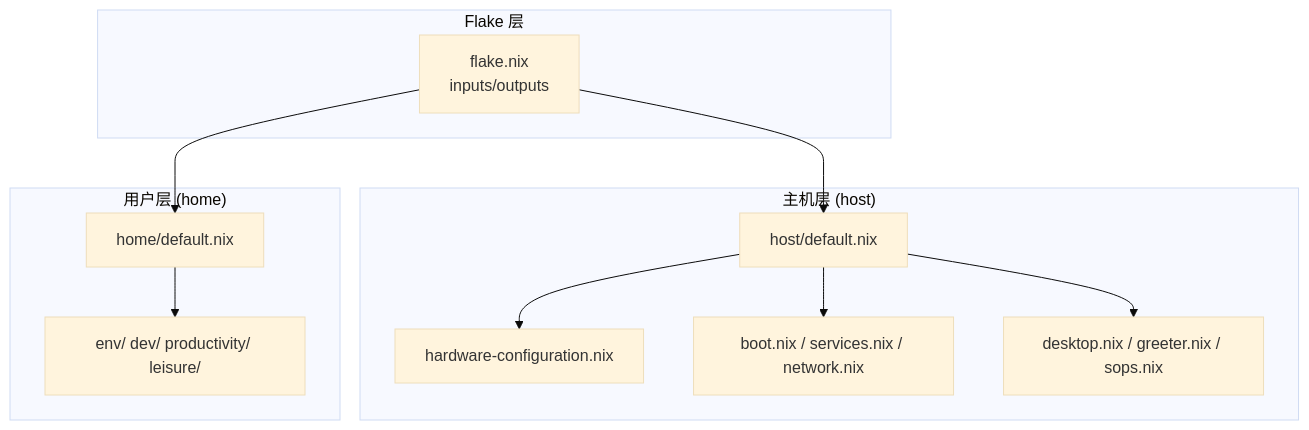
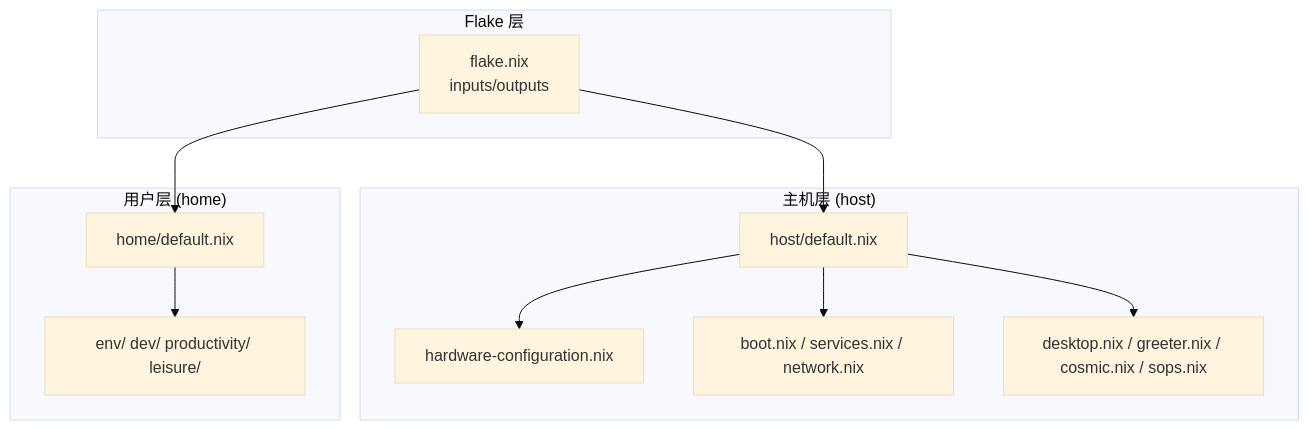
One commit to Shangshui0302/myNixOSConfig changed the first of 3 diagrams in wiki/architecture/index.md. Above: the diagram before and after it, drawn with Mermaid (base theme). The commit also changed other lines of this file and 9 other files, not shown here.

First line of the commit message:
feat(cosmic): add COSMIC desktop environment

````diff
--- a/wiki/architecture/index.md
+++ b/wiki/architecture/index.md
@@ -33,22 +33,22 @@
 ```mermaid
 graph TB
 subgraph "Flake 层"
 F["flake.nix<br/>inputs/outputs"]
 end
 subgraph "主机层 (host)"
 H1["host/default.nix"]
 H2["hardware-configuration.nix"]
 H3["boot.nix / services.nix / network.nix"]
-H4["desktop.nix / greeter.nix / sops.nix"]
+H4["desktop.nix / greeter.nix / cosmic.nix / sops.nix"]
 end
 subgraph "用户层 (home)"
 U1["home/default.nix"]
 U2["env/ dev/ productivity/ leisure/"]
 end
 F --> H1
 H1 --> H2
 H1 --> H3
 H1 --> H4
 F --> U1
 U1 --> U2
 ```
````
